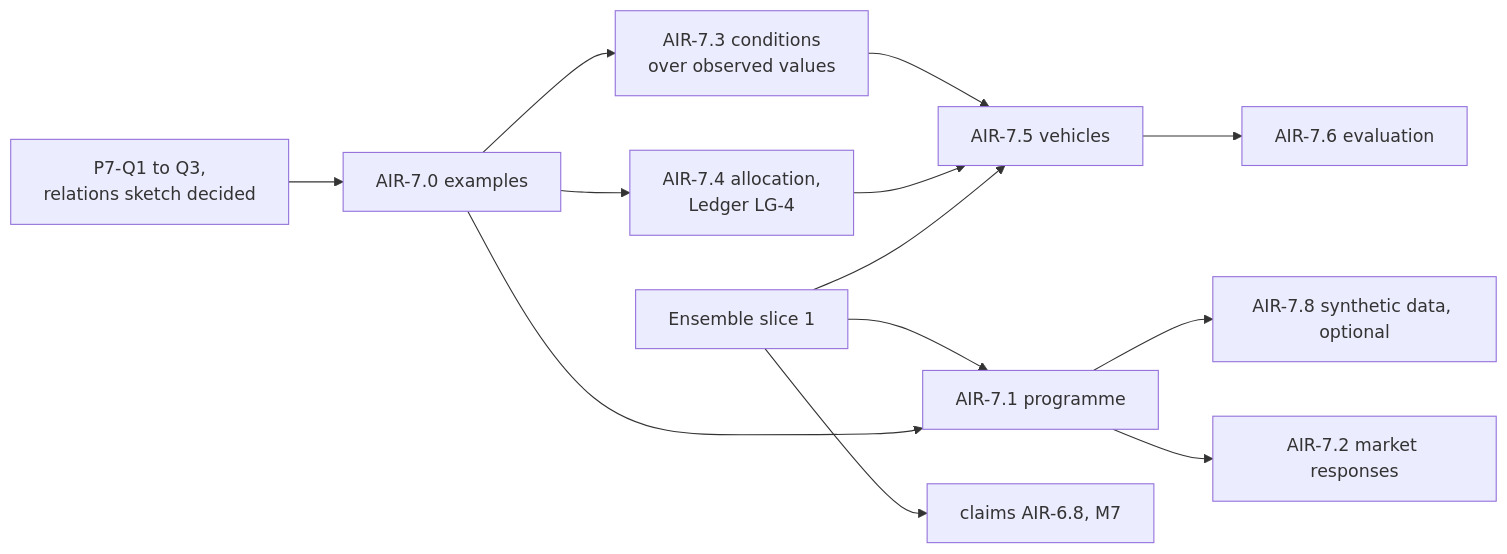
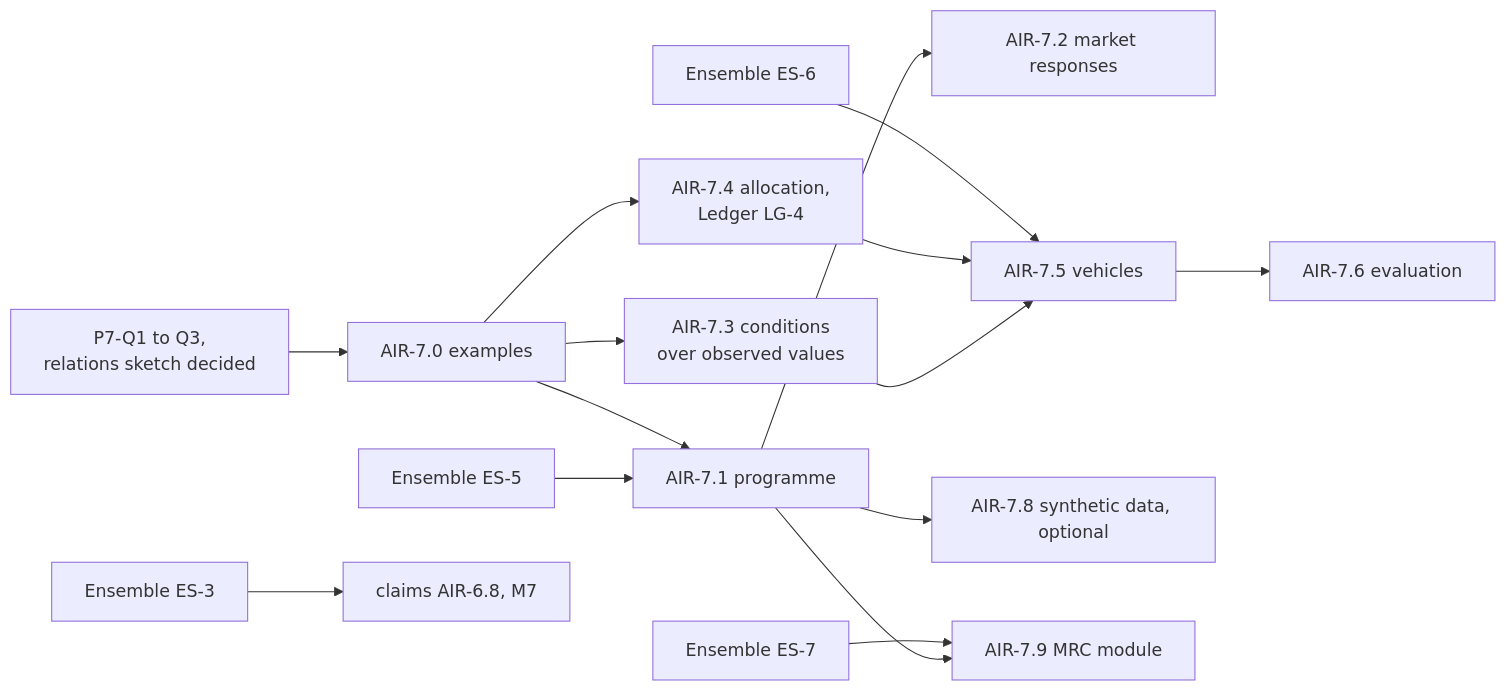
Before and after one commit to nebularis/lattice: the diagram in docs/developer/plans/applied-insurance-reference-phase-7.md, drawn with Mermaid. The commit also changed other lines of this file and 8 other files, not shown here.

````diff
--- a/docs/developer/plans/applied-insurance-reference-phase-7.md
+++ b/docs/developer/plans/applied-insurance-reference-phase-7.md
@@ -59,14 +63,16 @@
 ```mermaid
 flowchart LR
   Q["P7-Q1 to Q3,<br/>relations sketch decided"] --> A0["AIR-7.0 examples"]
-  ENS["Ensemble slice 1"] --> A1["AIR-7.1 programme"]
+  ENS5["Ensemble ES-5"] --> A1["AIR-7.1 programme"]
   A0 --> A1 --> A2["AIR-7.2 market responses"]
   A0 --> A3["AIR-7.3 conditions<br/>over observed values"]
   A0 --> A4["AIR-7.4 allocation,<br/>Ledger LG-4"]
   A3 --> A5["AIR-7.5 vehicles"]
   A4 --> A5
-  ENS --> A5
+  ENS6["Ensemble ES-6"] --> A5
   A5 --> A6["AIR-7.6 evaluation"]
   A1 --> A8["AIR-7.8 synthetic data, optional"]
-  ENS --> C68["claims AIR-6.8, M7"]
+  A1 --> A9["AIR-7.9 MRC module"]
+  ENS7["Ensemble ES-7"] --> A9
+  ENS3["Ensemble ES-3"] --> C68["claims AIR-6.8, M7"]
 ```
````
